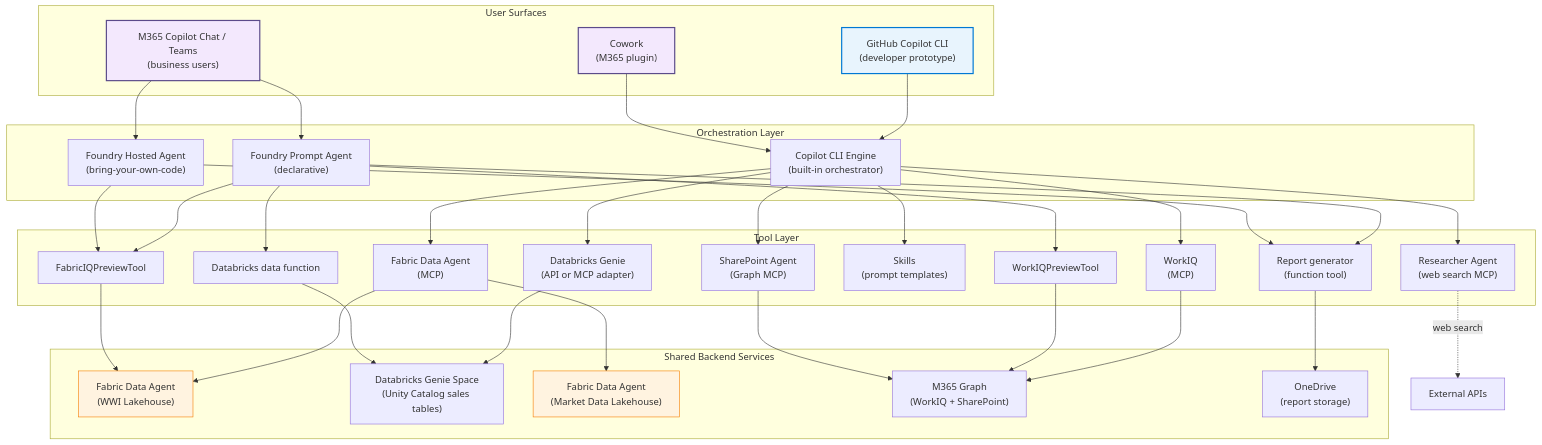
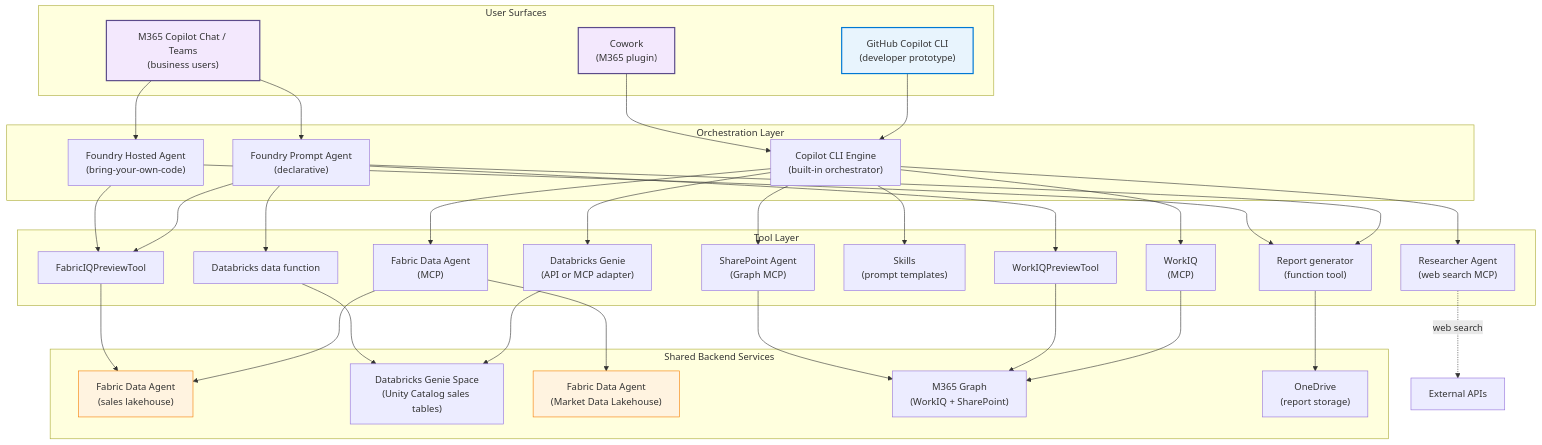
The diagram in website/docs/architecture/system-overview.md (ericchansen/agent-demo-dev), drawn with Mermaid before and after one commit. The commit also changed 35 other files, not shown here.

````diff
--- a/website/docs/architecture/system-overview.md
+++ b/website/docs/architecture/system-overview.md
@@ -12,74 +12,74 @@
 ```mermaid
 flowchart TB
     subgraph User["User Surfaces"]
         CLI["GitHub Copilot CLI\n(developer prototype)"]
         M365["M365 Copilot Chat / Teams\n(business users)"]
         Cowork["Cowork\n(M365 plugin)"]
     end
 
     subgraph Orchestration["Orchestration Layer"]
         CopilotEngine["Copilot CLI Engine\n(built-in orchestrator)"]
         FoundryPrompt["Foundry Prompt Agent\n(declarative)"]
         FoundryHosted["Foundry Hosted Agent\n(bring-your-own-code)"]
     end
 
     subgraph Tools["Tool Layer"]
         FDA["Fabric Data Agent\n(MCP)"]
         GENIE["Databricks Genie\n(API or MCP adapter)"]
         WIQ["WorkIQ\n(MCP)"]
         Researcher["Researcher Agent\n(web search MCP)"]
         SharePoint["SharePoint Agent\n(Graph MCP)"]
         Skills["Skills\n(prompt templates)"]
         FIQ["FabricIQPreviewTool"]
         DBXTool["Databricks data function"]
         WIQT["WorkIQPreviewTool"]
         ReportFunc["Report generator\n(function tool)"]
     end
 
     subgraph Backend["Shared Backend Services"]
-        DA_WWI["Fabric Data Agent\n(WWI Lakehouse)"]
+        DA_WWI["Fabric Data Agent\n(sales lakehouse)"]
         DBX["Databricks Genie Space\n(Unity Catalog sales tables)"]
         DA_MKT["Fabric Data Agent\n(Market Data Lakehouse)"]
         Graph["M365 Graph\n(WorkIQ + SharePoint)"]
         OD["OneDrive\n(report storage)"]
     end
 
     CLI --> CopilotEngine
     M365 --> FoundryPrompt
     M365 --> FoundryHosted
     Cowork --> CopilotEngine
 
     CopilotEngine --> FDA
     CopilotEngine --> GENIE
     CopilotEngine --> WIQ
     CopilotEngine --> Researcher
     CopilotEngine --> SharePoint
     CopilotEngine --> Skills
 
     FoundryPrompt --> FIQ
     FoundryPrompt --> DBXTool
     FoundryPrompt --> WIQT
     FoundryPrompt --> ReportFunc
 
     FoundryHosted --> FIQ
     FoundryHosted --> ReportFunc
 
     FDA --> DA_WWI
     GENIE --> DBX
     FDA --> DA_MKT
     FIQ --> DA_WWI
     DBXTool --> DBX
 
     WIQ --> Graph
     WIQT --> Graph
     SharePoint --> Graph
     Researcher -.->|web search| Web["External APIs"]
 
     ReportFunc --> OD
 
     style CLI fill:#e8f4fd,stroke:#0078d4,stroke-width:2px
     style M365 fill:#f3e8fd,stroke:#5B4B8A,stroke-width:2px
     style Cowork fill:#f3e8fd,stroke:#5B4B8A,stroke-width:2px
     style DA_WWI fill:#fff3e0,stroke:#F57C00
     style DA_MKT fill:#fff3e0,stroke:#F57C00
 ```
````
